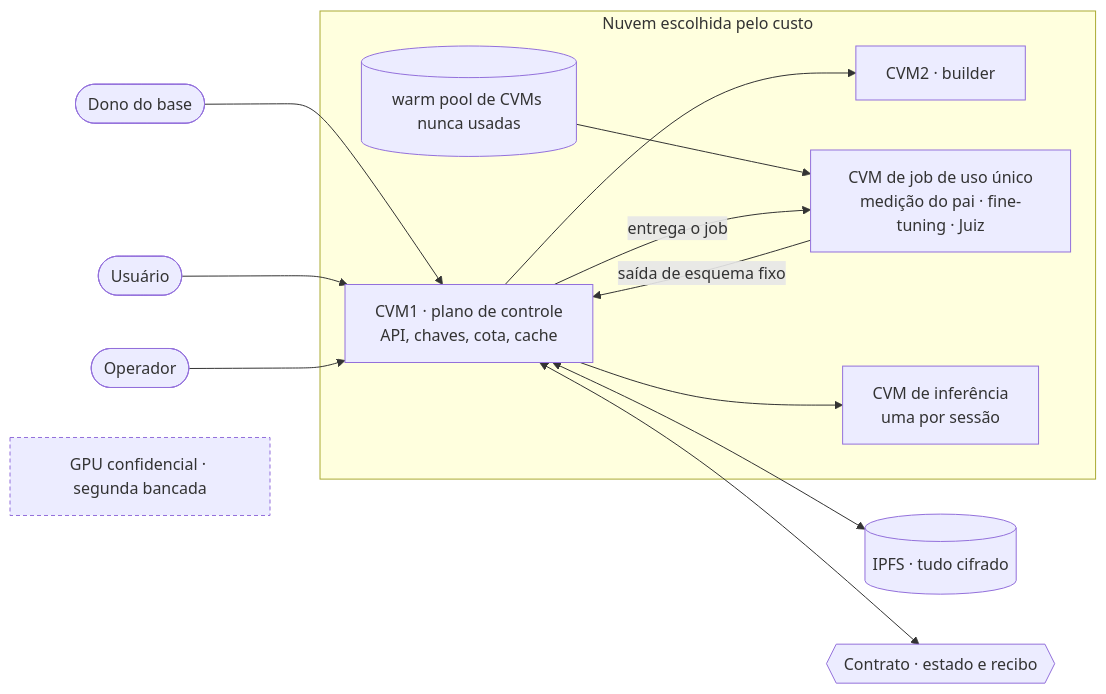
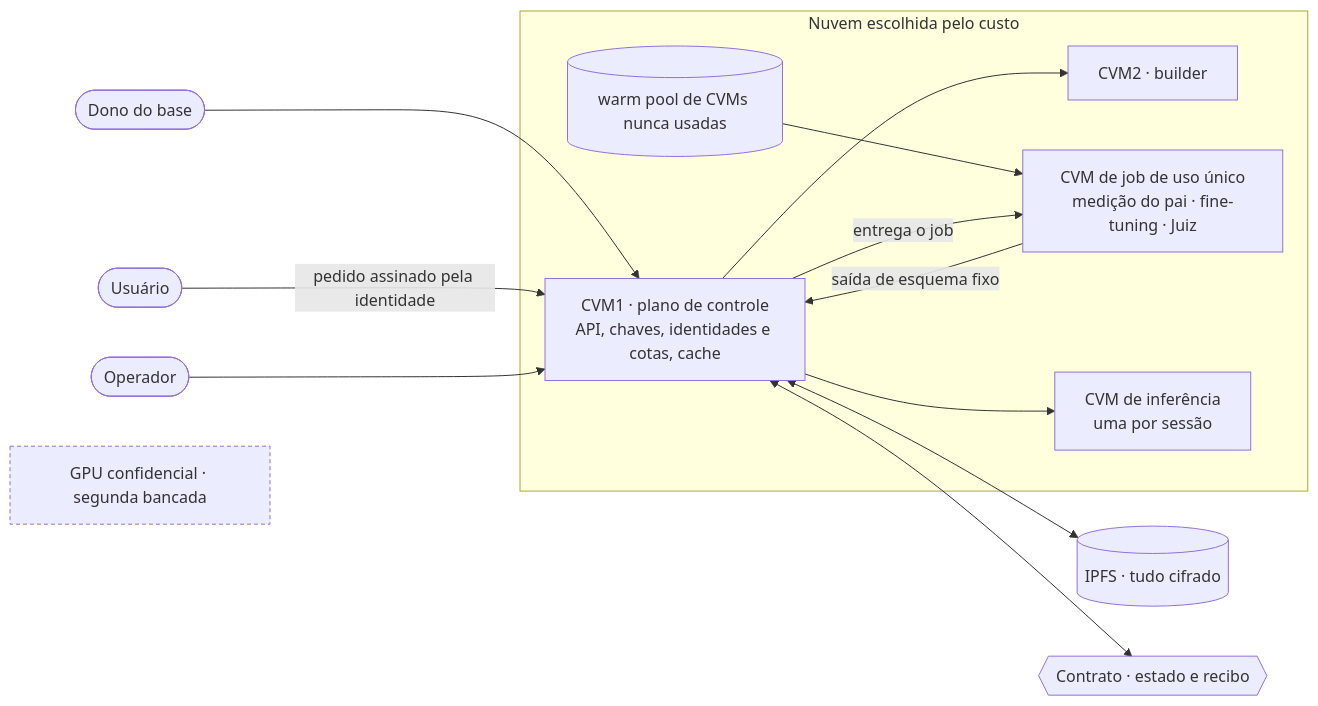
One commit to lesorty/dnat-identity-validator changed the first of 3 diagrams in DSN2027/etapas/E14_especificacao_juiz.md. Above: the diagram before and after it, drawn with Mermaid. The commit also changed other lines of this file and 8 other files, not shown here.

First line of the commit message:
docs: identidade cara e cota por veredito (D7, J17)

````diff
--- a/DSN2027/etapas/E14_especificacao_juiz.md
+++ b/DSN2027/etapas/E14_especificacao_juiz.md
@@ -73,22 +80,22 @@
 ```mermaid
 flowchart LR
   dono([Dono do base]) --> CVM1
-  usuario([Usuário]) --> CVM1
+  usuario([Usuário]) -- pedido assinado pela identidade --> CVM1
   operador([Operador]) --> CVM1
   subgraph nuvem[Nuvem escolhida pelo custo]
-    CVM1[CVM1 · plano de controle<br/>API, chaves, cota, cache]
+    CVM1[CVM1 · plano de controle<br/>API, chaves, identidades e cotas, cache]
     CVM2[CVM2 · builder]
     pool[(warm pool de CVMs nunca usadas)]
     job[CVM de job de uso único<br/>medição do pai · fine-tuning · Juiz]
     inf[CVM de inferência<br/>uma por sessão]
   end
   CVM1 <--> IPFS[(IPFS · tudo cifrado)]
   CVM1 <--> contrato{{Contrato · estado e recibo}}
   CVM1 --> CVM2
   pool --> job
   CVM1 -- entrega o job --> job
   job -- saída de esquema fixo --> CVM1
   CVM1 --> inf
   gpu[GPU confidencial · segunda bancada]:::opt
   classDef opt stroke-dasharray: 4 3
 ```
````
